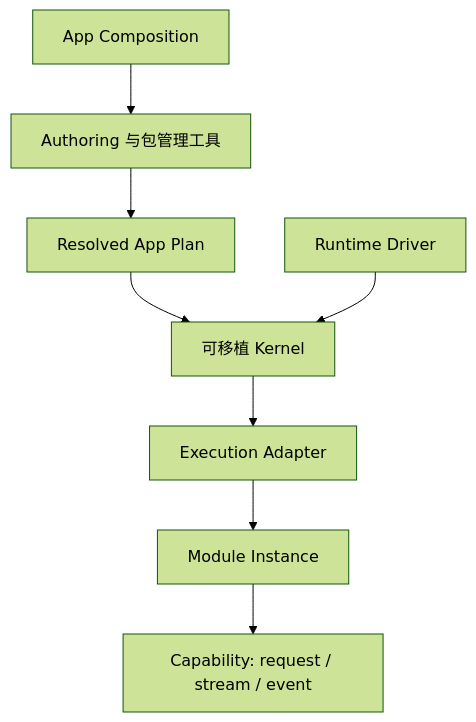
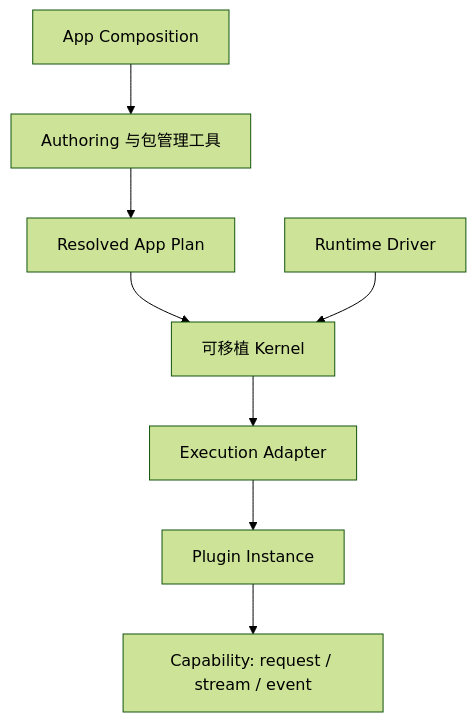
One commit to LioRael/lenso-site changed the diagram in content/docs/zh/index.mdx. Above: the diagram before and after it, drawn with Mermaid (forest theme). The commit also changed other lines of this file and 52 other files, not shown here.

````diff
--- a/content/docs/zh/index.mdx
+++ b/content/docs/zh/index.mdx
@@ -31,10 +31,10 @@
 ```mermaid
 flowchart TD
   C[App Composition] --> A[Authoring 与包管理工具]
   A --> P[Resolved App Plan]
   P --> K[可移植 Kernel]
   D[Runtime Driver] --> K
   K --> E[Execution Adapter]
-  E --> M[Module Instance]
+  E --> M[Plugin Instance]
   M --> Q[Capability: request / stream / event]
 ```
````
